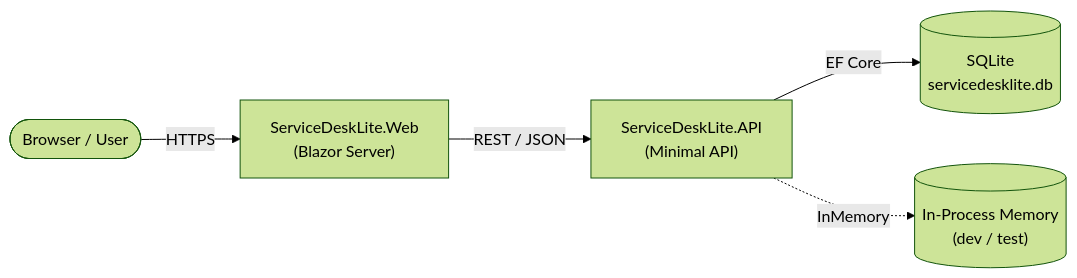
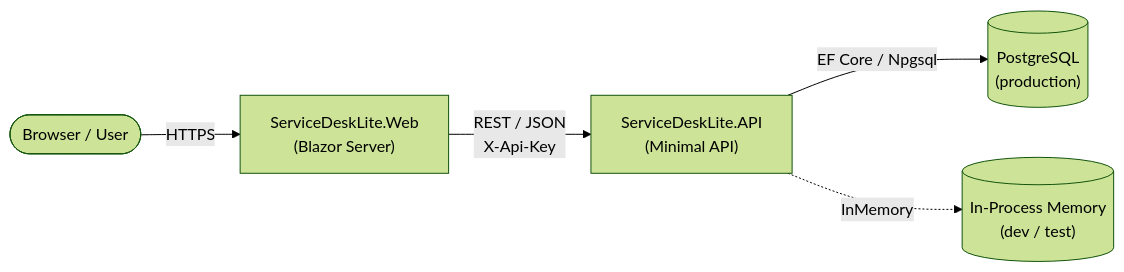
The diagram in docs/diagrams/system-context.mmd (goldbarth/ServiceDeskLite), drawn with Mermaid (forest theme) before and after one commit. The commit also changed 25 other files, not shown here.

Commit message:
docs: sync documentation and diagrams with Milestone 3 (#122)

```diff
--- a/docs/diagrams/system-context.mmd
+++ b/docs/diagrams/system-context.mmd
@@ -1,11 +1,11 @@
 graph LR
     User(["Browser / User"])
     Web["ServiceDeskLite.Web\n(Blazor Server)"]
     Api["ServiceDeskLite.API\n(Minimal API)"]
-    SQLite[("SQLite\nservicedesklite.db")]
+    PG[("PostgreSQL\n(production)")]
     InMem[("In-Process Memory\n(dev / test)")]
 
     User -->|HTTPS| Web
-    Web -->|REST / JSON| Api
-    Api -->|EF Core| SQLite
+    Web -->|REST / JSON\nX-Api-Key| Api
+    Api -->|EF Core / Npgsql| PG
     Api -. InMemory .-> InMem
```
